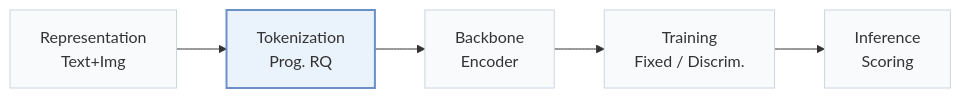
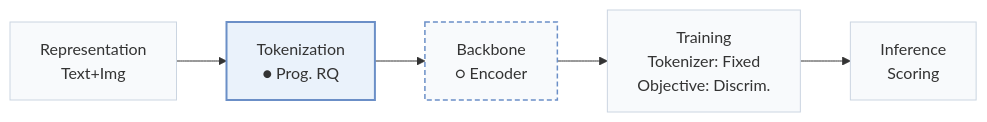
One commit to Galaxy-ghost/Awesome-SID-Generative-Rec changed the first of 2 diagrams in pages/papers/psrq.md. Above: the diagram before and after it, drawn with Mermaid. The commit also changed other lines of this file and 558 other files, not shown here.

````diff
--- a/pages/papers/psrq.md
+++ b/pages/papers/psrq.md
@@ -15,8 +18,10 @@
 ```mermaid
 flowchart LR
-    R["Representation<br/>Text+Img"] --> T["Tokenization<br/>Prog. RQ"] --> B["Backbone<br/>Encoder"] --> TR["Training<br/>Fixed / Discrim."] --> I["Inference<br/>Scoring"]
+    R["Representation<br/>Text+Img"] --> T["Tokenization<br/>● Prog. RQ"] --> B["Backbone<br/>○ Encoder"] --> TR["Training<br/>Tokenizer: Fixed<br/>Objective: Discrim."] --> I["Inference<br/>Scoring"]
     classDef base fill:#f8fafc,stroke:#cbd5e1
     class R,T,B,TR,I base
+    classDef other fill:#f8fafc,stroke:#6b8fc7,stroke-width:1.5px,stroke-dasharray:5 3
+    class B other
     classDef main fill:#eaf2fb,stroke:#6b8fc7,stroke-width:2px
     class T main
 ```
````
